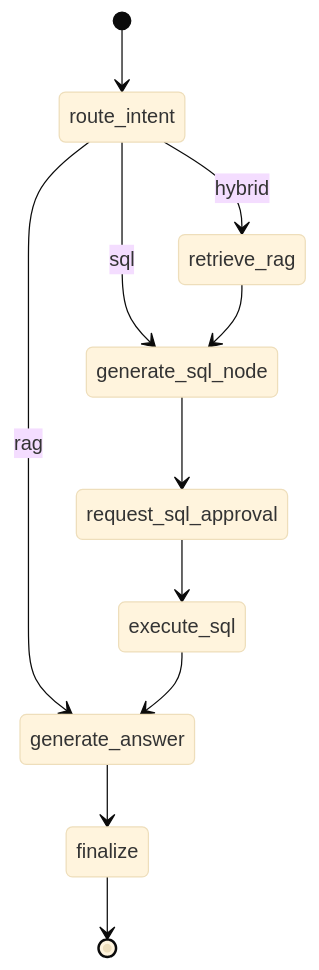
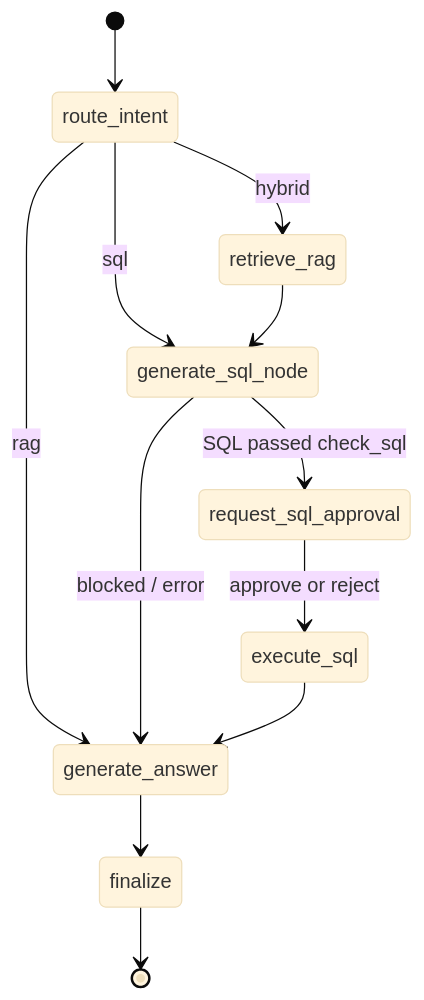
One commit to YashKalra27/K8s-Ops-Copilot changed the second of 3 diagrams in README.md. Above: the diagram before and after it, drawn with Mermaid (base theme). The commit also changed other lines of this file, not shown here.

````diff
--- a/README.md
+++ b/README.md
@@ -169,13 +82,14 @@
 ```mermaid
 stateDiagram-v2
     [*] --> route_intent
     route_intent --> retrieve_rag : hybrid
     route_intent --> generate_sql_node : sql
     route_intent --> generate_answer : rag
     retrieve_rag --> generate_sql_node
-    generate_sql_node --> request_sql_approval
-    request_sql_approval --> execute_sql
+    generate_sql_node --> request_sql_approval : SQL passed check_sql
+    generate_sql_node --> generate_answer : blocked / error
+    request_sql_approval --> execute_sql : approve or reject
     execute_sql --> generate_answer
     generate_answer --> finalize
     finalize --> [*]
 ```
````
